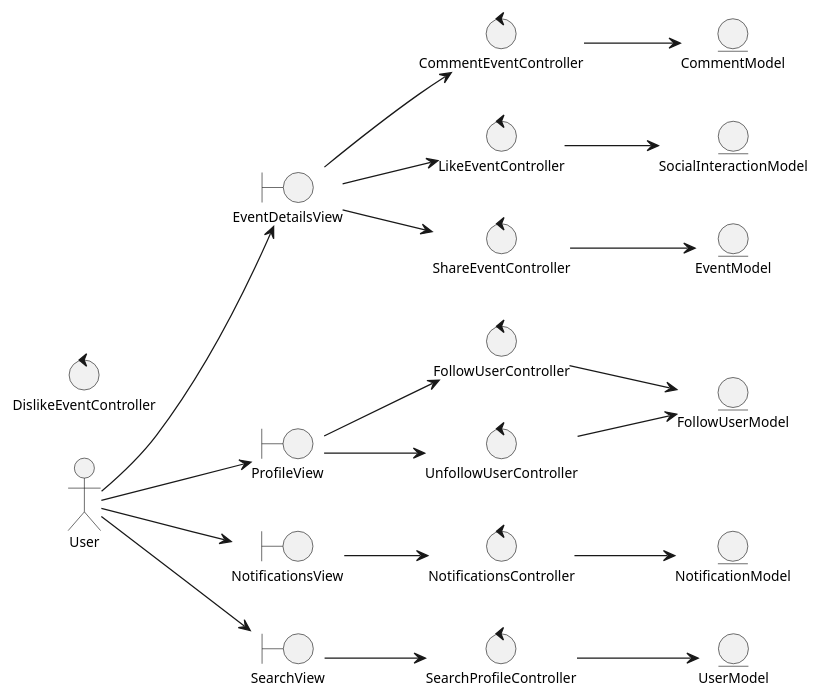
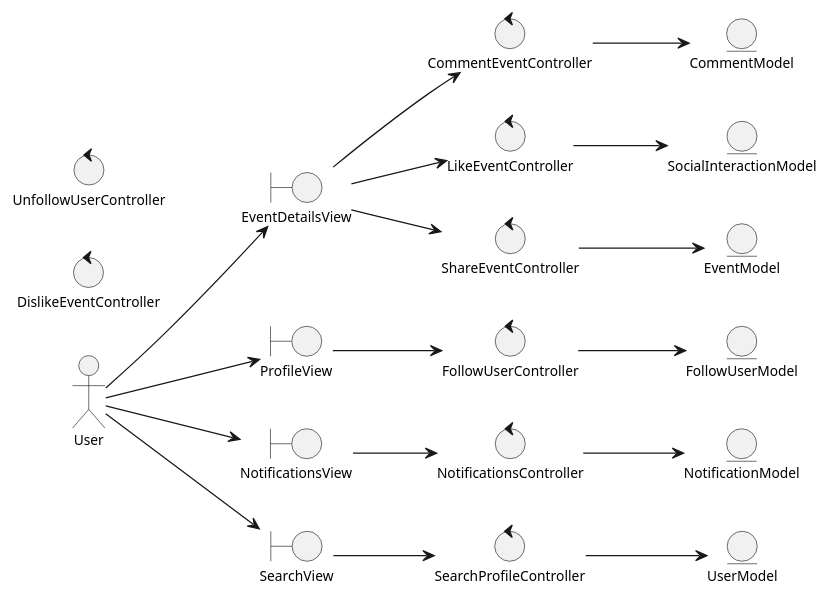
Before and after one commit to valeraruggierotesisucv/tesis-frameworks-mobile-diagrams: the diagram in Análisis/Clases de Análisis/analysisClassDiagramSocialInteractions.plantuml, drawn with PlantUML.

Commit message:
Remove unfollowUserController interaction from profileView in the social interactions class diagram

```diff
--- a/Análisis/Clases de Análisis/analysisClassDiagramSocialInteractions.plantuml
+++ b/Análisis/Clases de Análisis/analysisClassDiagramSocialInteractions.plantuml
@@ -1,51 +1,49 @@
 @startuml analysisClassDiagramSocialInteractions
 skinparam style strictuml
 left to right direction
 skinparam defaultTextAlignment center
 skinparam defaultFontSize 11
 
 actor "User" as user
 
 entity "UserModel" as userModel
 entity "EventModel" as eventModel
 entity "SocialInteractionModel" as socialInteractionModel
 entity "CommentModel" as commentModel
 entity "FollowUserModel" as followUserModel
 entity "NotificationModel" as notificationModel
 
 boundary "EventDetailsView" as eventDetailsView
 boundary "ProfileView" as profileView
 boundary "NotificationsView" as notificationsView
 boundary "SearchView" as searchView
 
 control "CommentEventController" as commentEventController
 control "LikeEventController" as likeEventController
 control "DislikeEventController" as dislikeEventController
 control "ShareEventController" as shareEventController
 control "FollowUserController" as followUserController
 control "UnfollowUserController" as unfollowUserController
 control "NotificationsController" as notificationsController
 control "SearchProfileController" as searchProfileController
 
 user --> eventDetailsView
 user --> profileView
 user --> notificationsView
 user --> searchView
 
 eventDetailsView --> commentEventController
 eventDetailsView --> likeEventController
 eventDetailsView --> shareEventController
 profileView --> followUserController
-profileView --> unfollowUserController
 notificationsView --> notificationsController
 searchView --> searchProfileController
 
 commentEventController --> commentModel
 likeEventController --> socialInteractionModel
 shareEventController --> eventModel
 followUserController --> followUserModel
-unfollowUserController --> followUserModel
 notificationsController --> notificationModel
 searchProfileController --> userModel
 
 @enduml
```
